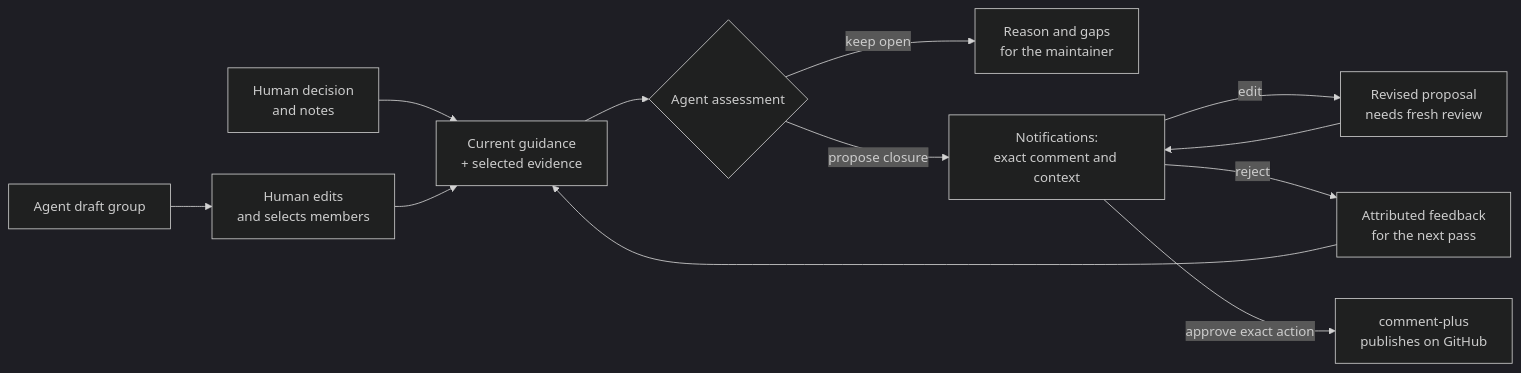
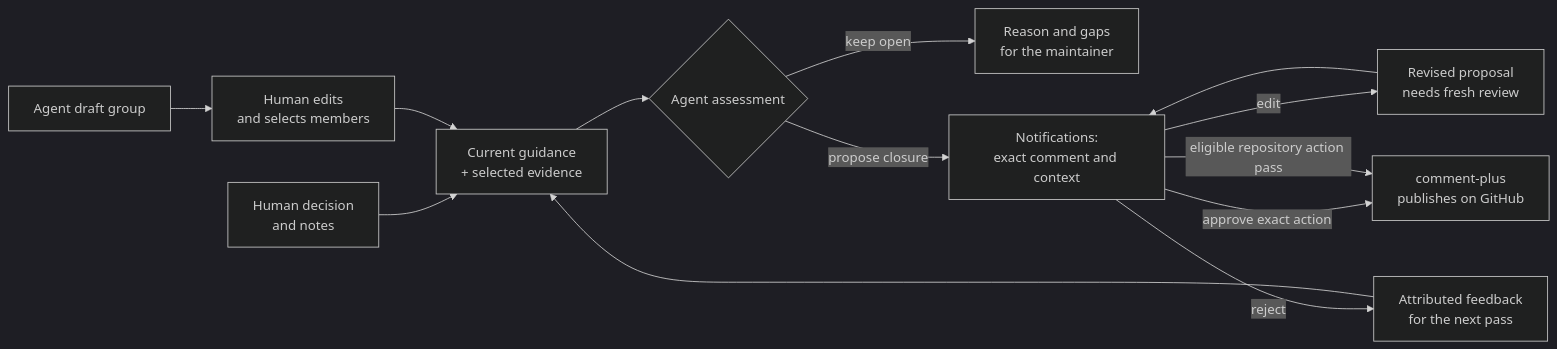
The diagram in README.md (EFrMG/triage-o-mator), drawn with Mermaid (dark theme) before and after one commit. The commit also changed other lines of this file and 11 other files, not shown here.

````diff
--- a/README.md
+++ b/README.md
@@ -23,11 +23,12 @@
 ```mermaid
 flowchart LR
     HUMAN["Human decision<br/>and notes"] --> CONTEXT["Current guidance<br/>+ selected evidence"]
     GROUP["Agent draft group"] --> EDIT["Human edits<br/>and selects members"] --> CONTEXT
     CONTEXT --> AGENT{"Agent assessment"}
     AGENT -->|"keep open"| OPEN["Reason and gaps<br/>for the maintainer"]
     AGENT -->|"propose closure"| NOTICE["Notifications:<br/>exact comment and context"]
     NOTICE -->|"edit"| REVIEW["Revised proposal<br/>needs fresh review"] --> NOTICE
     NOTICE -->|"reject"| FEEDBACK["Attributed feedback<br/>for the next pass"] --> CONTEXT
     NOTICE -->|"approve exact action"| WRITE["comment-plus<br/>publishes on GitHub"]
+    NOTICE -->|"eligible repository action pass"| WRITE
 ```
````
